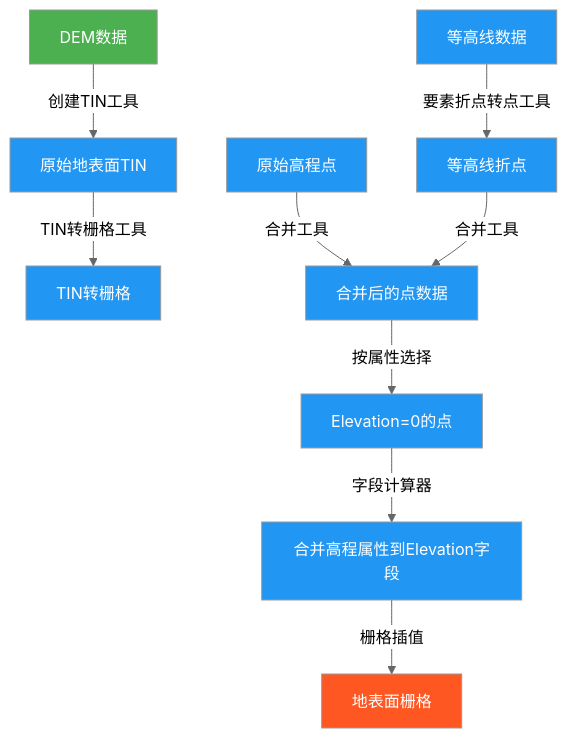
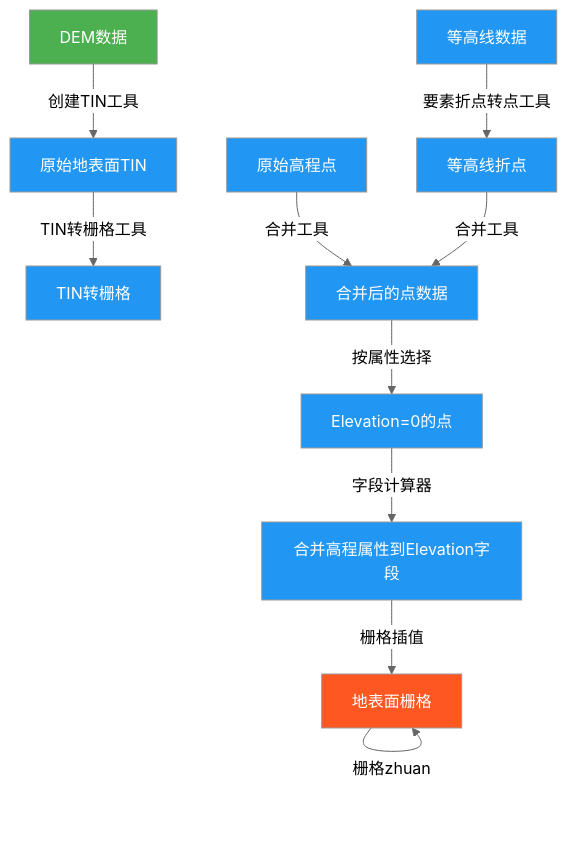
One commit to newguser/iodraw-files changed the diagram in all/未命名.md. Above: the diagram before and after it, drawn with Mermaid (neutral theme).

Commit message:
2025-02-27 21:35:54 update

````diff
--- a/all/未命名.md
+++ b/all/未命名.md
@@ -1,17 +1,17 @@
 ```mermaid
 graph TD
     A[DEM数据] -->|创建TIN工具| B[原始地表面TIN]
     B -->|TIN转栅格工具| C[TIN转栅格]
         D1[等高线数据] -->|要素折点转点工具| D2[等高线折点]
         D3[原始高程点] -->|合并工具| D4[合并后的点数据]
         D2 -->|合并工具| D4
         D4 -->|按属性选择| D5[Elevation=0的点]
         D5 -->|字段计算器| D6[合并高程属性到Elevation字段]
         D6 -->|栅格插值| D[地表面栅格]
-        D[地表面栅格]
+        D[地表面栅格]-->|栅格zhuan| D[地表面栅格]
 
     style A fill:#4CAF50,color:white
     style D fill:#FF5722,color:white
     classDef process fill:#2196F3,color:white;
     class B,C,D1,D2,D3,D4,D5,D6 process
 ```
````
